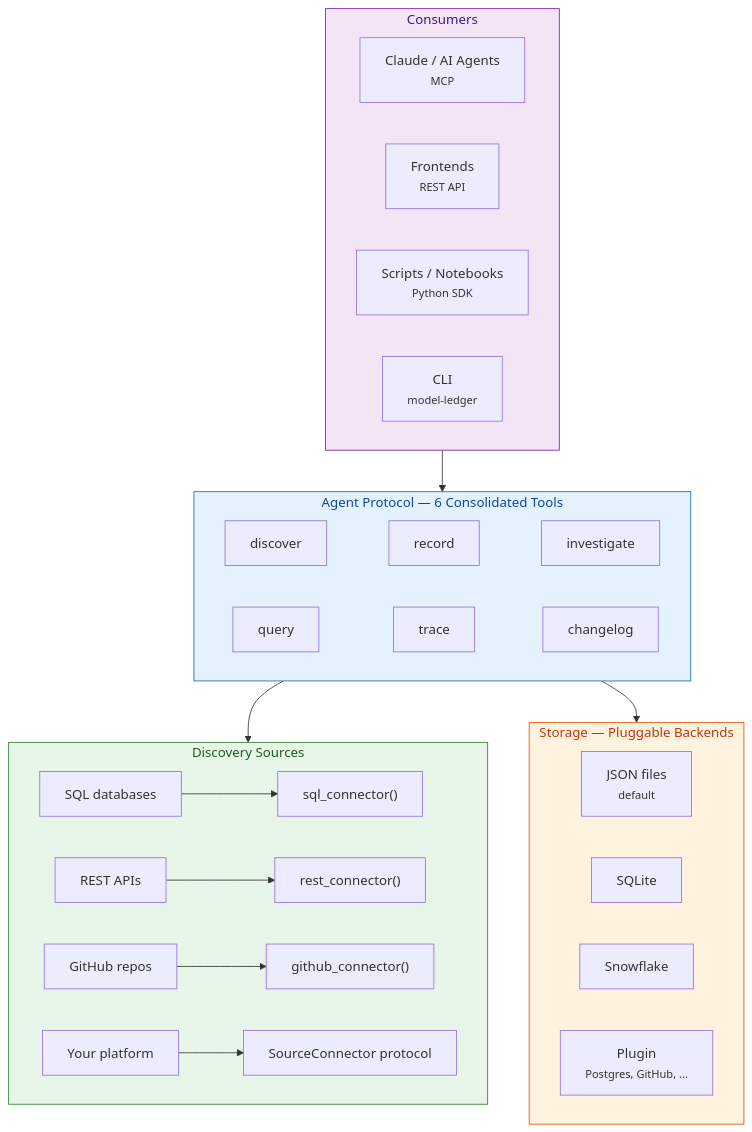
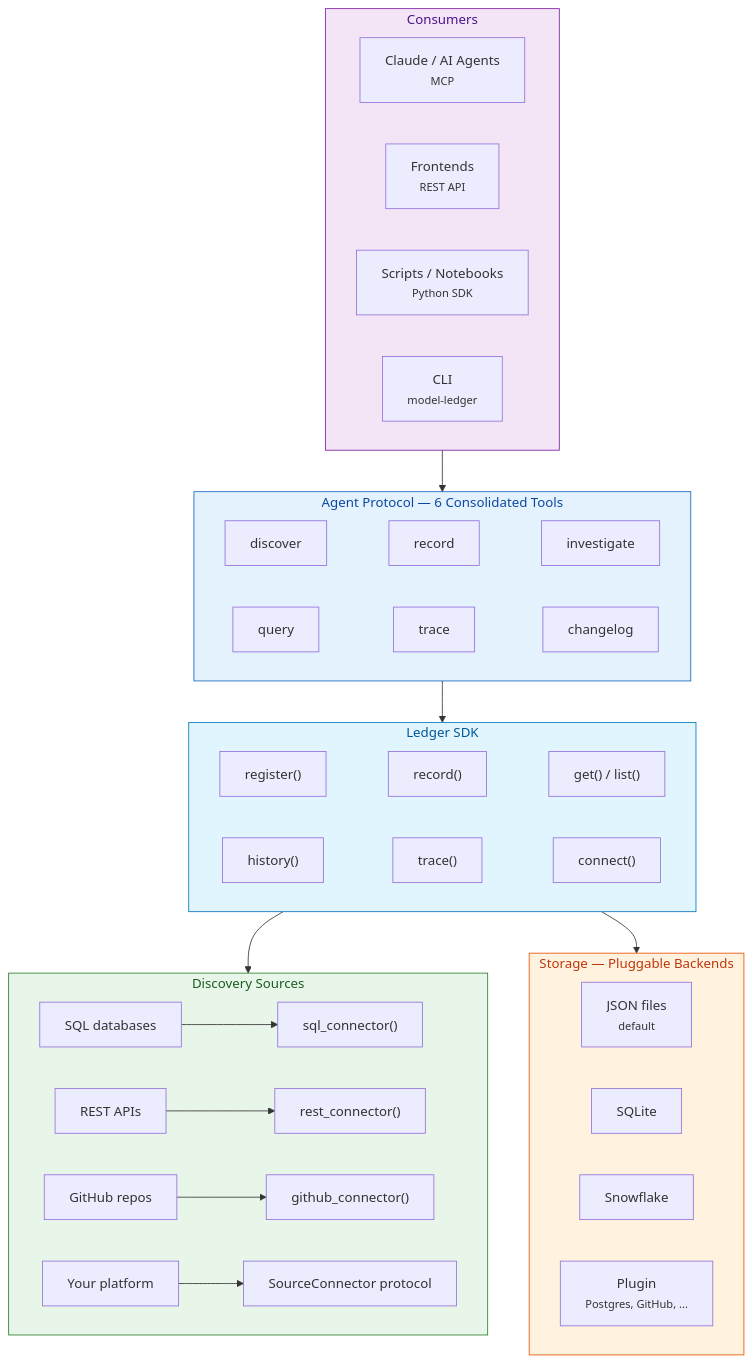
One commit to block/model-ledger changed the second of 2 diagrams in README.md. Above: the diagram before and after it, drawn with Mermaid. The commit also changed other lines of this file, not shown here.

````diff
--- a/README.md
+++ b/README.md
@@ -76,40 +70,49 @@
 ```mermaid
 graph TB
     subgraph consumers ["Consumers"]
         direction LR
         AGENT["Claude / AI Agents<br/><small>MCP</small>"]
         FRONT["Frontends<br/><small>REST API</small>"]
         SCRIPT["Scripts / Notebooks<br/><small>Python SDK</small>"]
         CLI_C["CLI<br/><small>model-ledger</small>"]
     end
 
     subgraph tools ["Agent Protocol — 6 Consolidated Tools"]
         direction LR
         DISC["discover"] ~~~ REC["record"] ~~~ INV["investigate"]
         QRY["query"] ~~~ TRC["trace"] ~~~ CHG["changelog"]
+    end
+
+    subgraph sdk ["Ledger SDK"]
+        direction LR
+        REG["register()"] ~~~ RECD["record()"] ~~~ GET["get() / list()"]
+        HIST["history()"] ~~~ TRAC["trace()"] ~~~ CONN["connect()"]
     end
 
     subgraph discover ["Discovery Sources"]
         direction LR
         DB["SQL databases"] --> F["sql_connector()"]
         API["REST APIs"] --> G["rest_connector()"]
         GH["GitHub repos"] --> H["github_connector()"]
         CUSTOM["Your platform"] --> I["SourceConnector protocol"]
     end
 
     subgraph backends ["Storage — Pluggable Backends"]
         direction LR
         JSON["JSON files<br/><small>default</small>"]
         SQLITE["SQLite"]
         SNOW["Snowflake"]
         PLUG["Plugin<br/><small>Postgres, GitHub, ...</small>"]
     end
 
-    consumers --> tools --> discover
-    tools --> backends
+    consumers --> tools
+    tools --> sdk
+    sdk --> discover
+    sdk --> backends
 
     style consumers fill:#F3E5F5,stroke:#7B1FA2,color:#4A148C
     style tools fill:#E3F2FD,stroke:#1565C0,color:#0D47A1
+    style sdk fill:#E1F5FE,stroke:#0277BD,color:#01579B
     style discover fill:#E8F5E9,stroke:#2E7D32,color:#1B5E20
     style backends fill:#FFF3E0,stroke:#E65100,color:#BF360C
 ```
````
